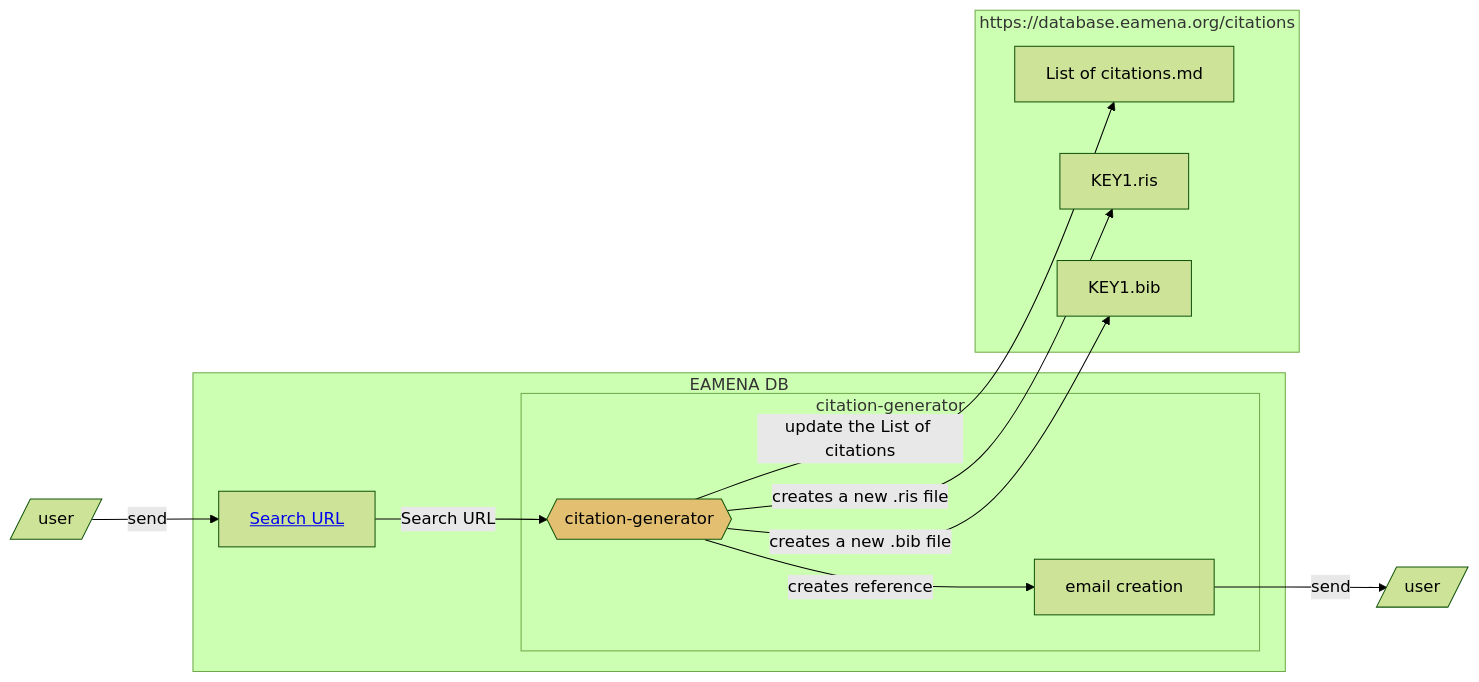
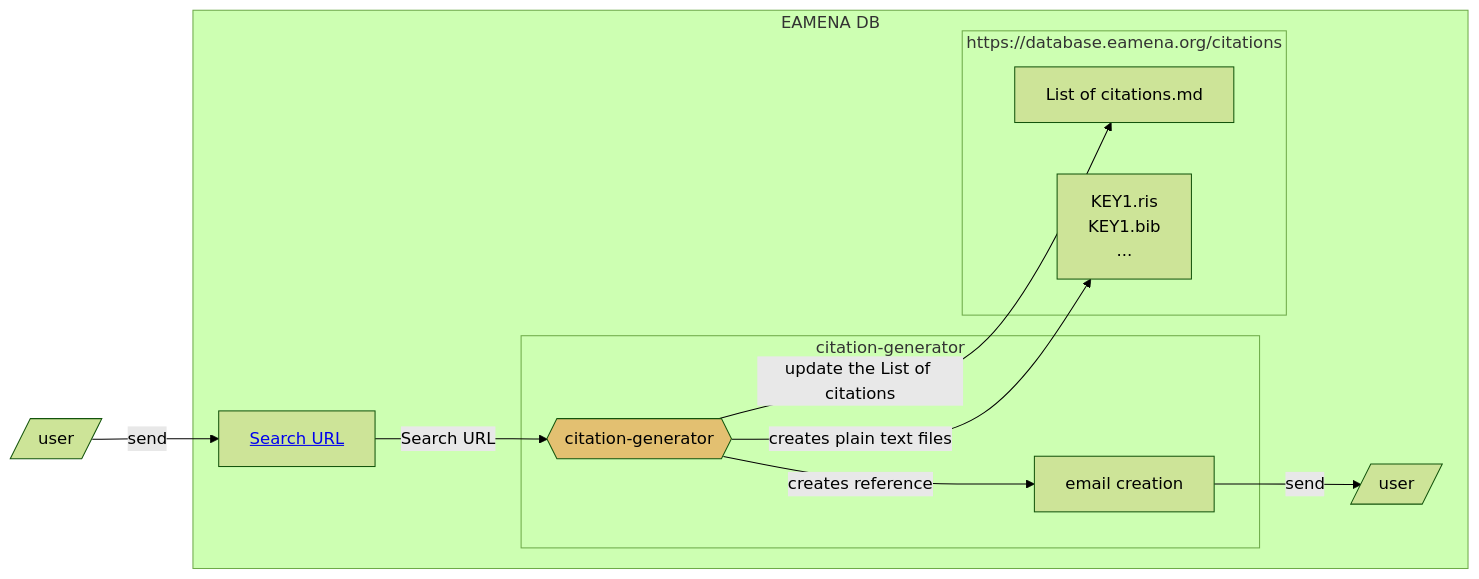
Before and after one commit to eamena-project/eamena-arches-dev: the second of 2 diagrams in data/bibref/README.md, drawn with Mermaid (forest theme).

````diff
--- a/data/bibref/README.md
+++ b/data/bibref/README.md
@@ -37,17 +37,16 @@
 ```mermaid
 flowchart LR
 	U[/user/] -- send --> A[<a href='https://github.com/eamena-project/eamena-arches-dev/blob/main/dbs/database.eamena/docs/notes/Arches%207%20Upgrade.md#splitchunk'>Search URL</a>];
 	subgraph EAMENA DB
 	A --Search URL--> G{{citation-generator}}:::eamenaFunc;
 		subgraph citation-generator
 		G -- creates reference --> H[email creation];
 		end
-	end
 	subgraph "https://database.eamena.org/citations"
 	G -- update the List of citations --> I[List of citations.md]
-	G -- creates a new .ris file --> J[KEY1.ris]
-	G -- creates a new .bib file --> K[KEY1.bib]
+	G -- creates plain text files --> J[KEY1.ris <br> KEY1.bib <br> ...]
 	end
 	H -- send --> Z[/user/];
+	end
 	classDef eamenaFunc fill:#e3c071;
 ```
````
